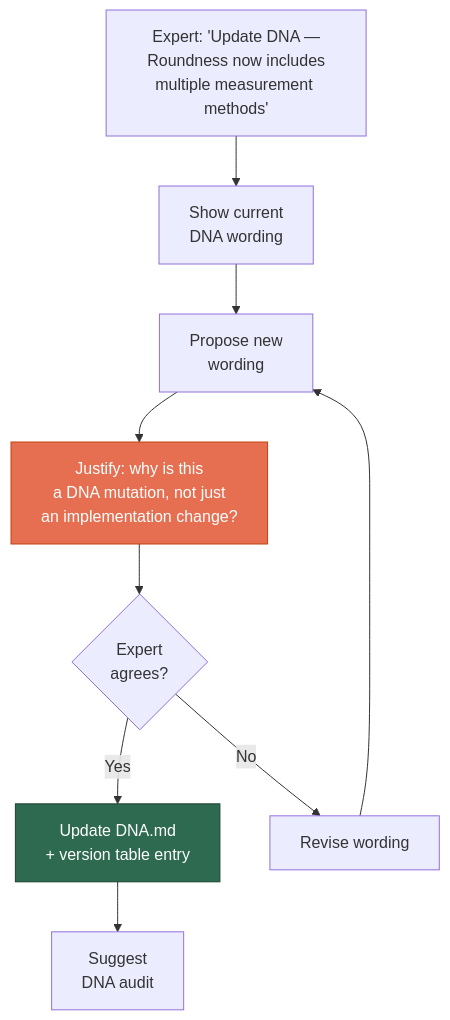
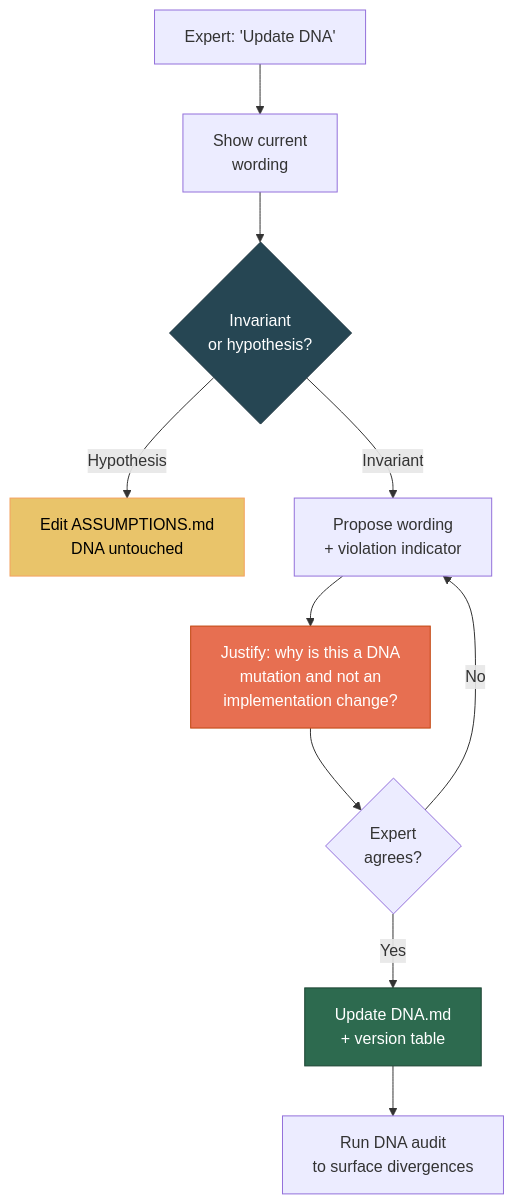
Before and after one commit to SizovOleg/project-dna: the fifth of 8 diagrams in docs/modes-en.md, drawn with Mermaid. The commit also changed other lines of this file and 9 other files, not shown here.

````diff
--- a/docs/modes-en.md
+++ b/docs/modes-en.md
@@ -189,20 +263,23 @@
 ```mermaid
 flowchart TD
-    START["Expert: 'Update DNA —<br/>Roundness now includes<br/>multiple measurement methods'"]
-    
-    START --> SHOW["Show current<br/>DNA wording"]
-    
-    SHOW --> PROPOSE["Propose new<br/>wording"]
-    
-    PROPOSE --> JUSTIFY["Justify: why is this<br/>a DNA mutation, not just<br/>an implementation change?"]
-    
+    START["Expert: 'Update DNA'"]
+
+    START --> SHOW["Show current<br/>wording"]
+
+    SHOW --> CAT{"Invariant<br/>or hypothesis?"}
+    CAT -->|"Hypothesis"| ASSUM["Edit ASSUMPTIONS.md<br/>DNA untouched"]
+    CAT -->|"Invariant"| PROPOSE["Propose wording<br/>+ violation indicator"]
+
+    PROPOSE --> JUSTIFY["Justify: why is this a DNA<br/>mutation and not an<br/>implementation change?"]
+
     JUSTIFY --> Q{"Expert<br/>agrees?"}
-    Q -->|Yes| UPDATE["Update DNA.md<br/>+ version table entry"]
-    Q -->|No| REVISE["Revise wording"]
-    REVISE --> PROPOSE
-    
-    UPDATE --> AUDIT["Suggest<br/>DNA audit"]
+    Q -->|"No"| PROPOSE
+    Q -->|"Yes"| UPDATE["Update DNA.md<br/>+ version table"]
 
+    UPDATE --> AUDIT["Run DNA audit<br/>to surface divergences"]
+
+    style CAT fill:#264653,stroke:#1a323d,color:#fff
+    style ASSUM fill:#e9c46a,stroke:#f4a261,color:#000
     style JUSTIFY fill:#e76f51,stroke:#c1440e,color:#fff
     style UPDATE fill:#2d6a4f,stroke:#1b4332,color:#fff
 ```
````
